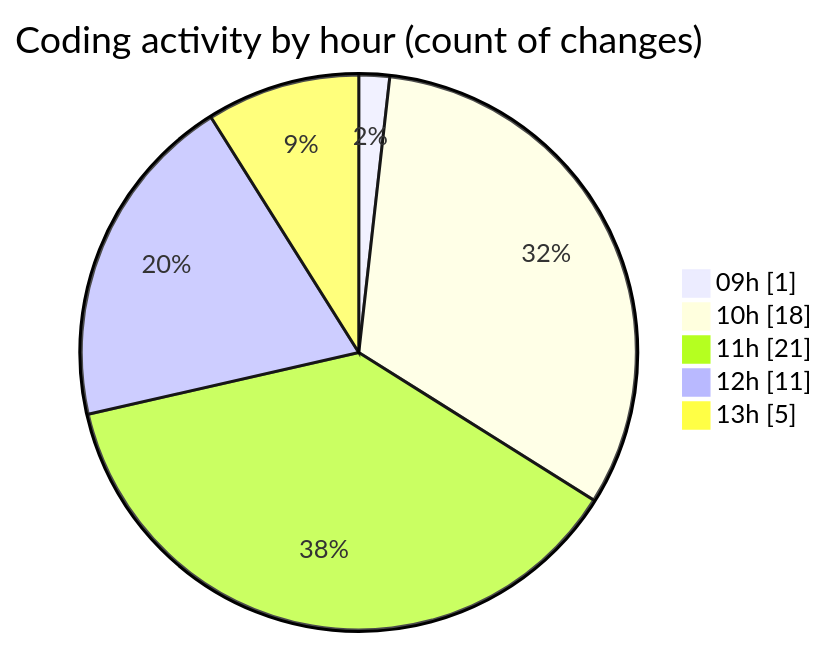
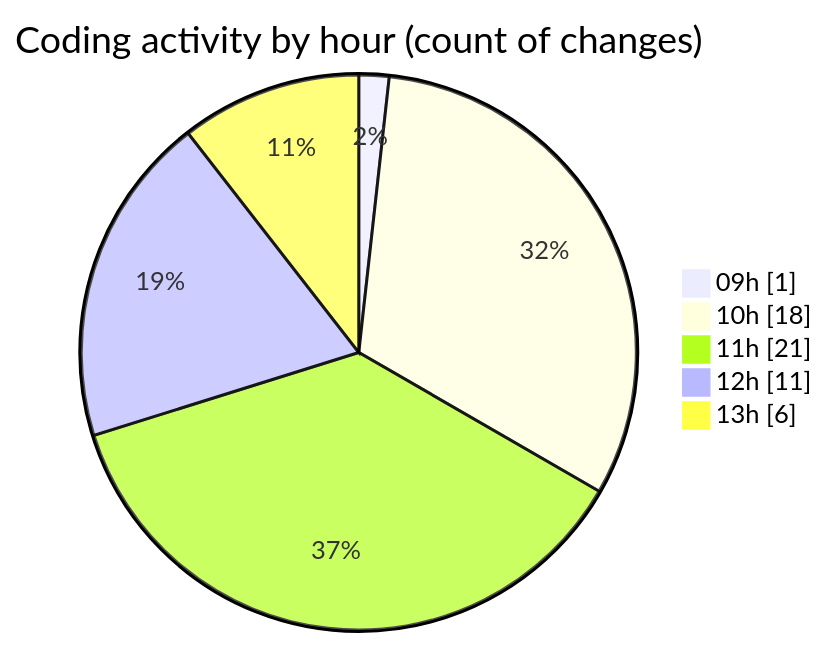
The second of 2 diagrams in 2026-08-11/cda/README.md (momahboobian/code-tracking), drawn with Mermaid before and after one commit. The commit also changed other lines of this file and 1 other file, not shown here.

````diff
--- a/2026-08-11/cda/README.md
+++ b/2026-08-11/cda/README.md
@@ -52,9 +52,9 @@
 ```mermaid
 pie showData
 title Coding activity by hour (count of changes)
 "09h" : 1
 "10h" : 18
 "11h" : 21
 "12h" : 11
-"13h" : 5
+"13h" : 6
 ```
````
